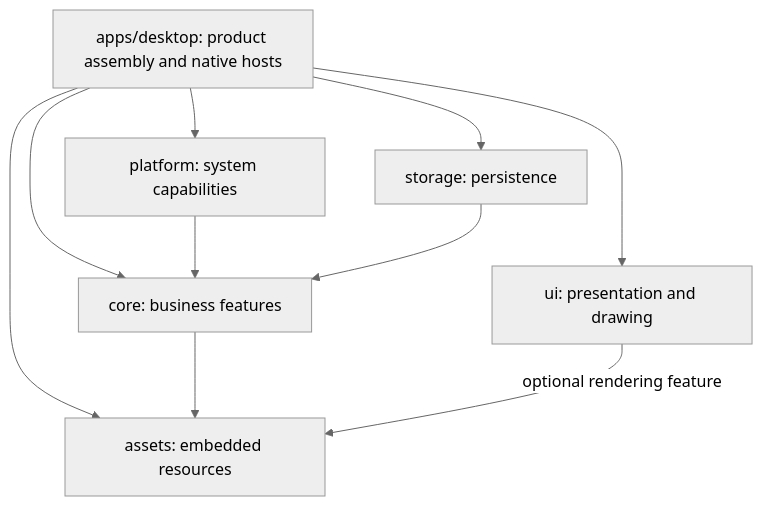
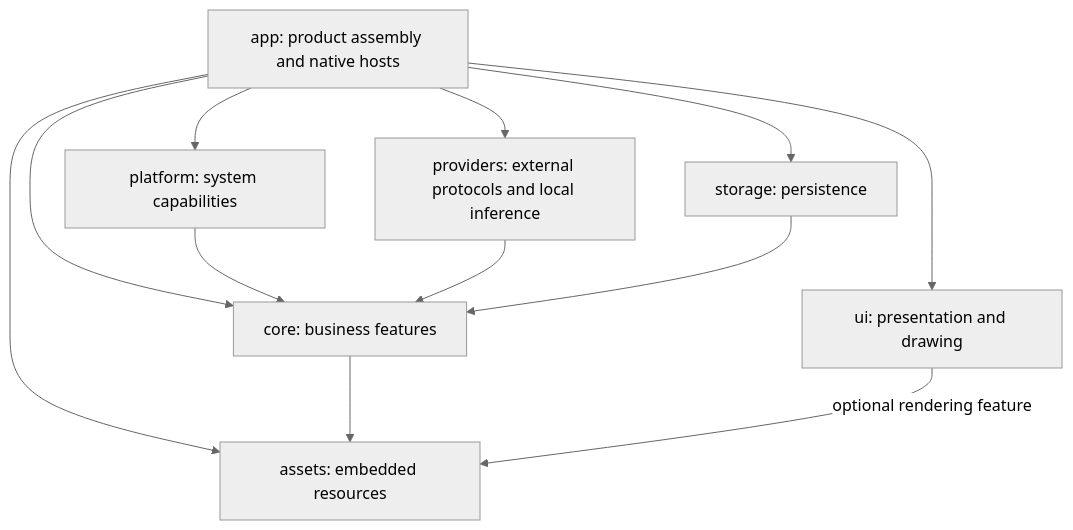
Before and after one commit to gamilian/snaplingo: the diagram in ARCHITECTURE.md, drawn with Mermaid (neutral theme). The commit also changed other lines of this file and 416 other files, not shown here.

````diff
--- a/ARCHITECTURE.md
+++ b/ARCHITECTURE.md
@@ -18,12 +21,14 @@
 ```mermaid
 flowchart TD
-    App[apps/desktop: product assembly and native hosts] --> Core[core: business features]
+    App[app: product assembly and native hosts] --> Core[core: business features]
     App --> UI[ui: presentation and drawing]
     App --> Platform[platform: system capabilities]
+    App --> Providers[providers: external protocols and local inference]
     App --> Storage[storage: persistence]
     App --> Assets[assets: embedded resources]
     Platform --> Core
+    Providers --> Core
     Storage --> Core
     Core --> Assets
     UI -->|optional rendering feature| Assets
 ```
````
